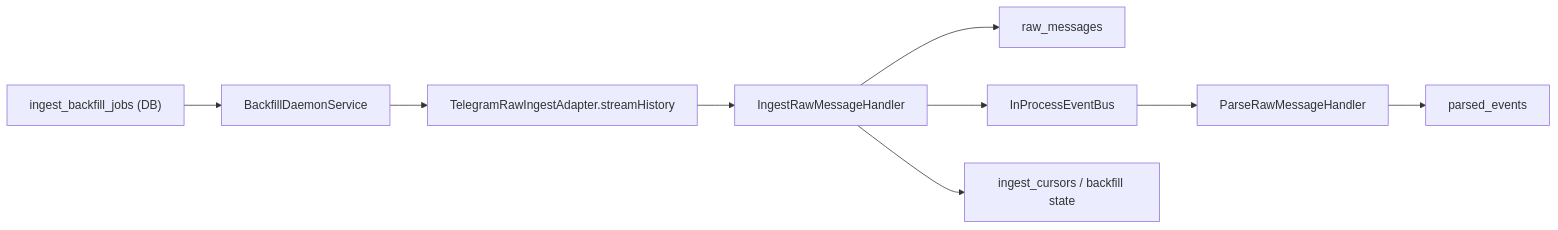
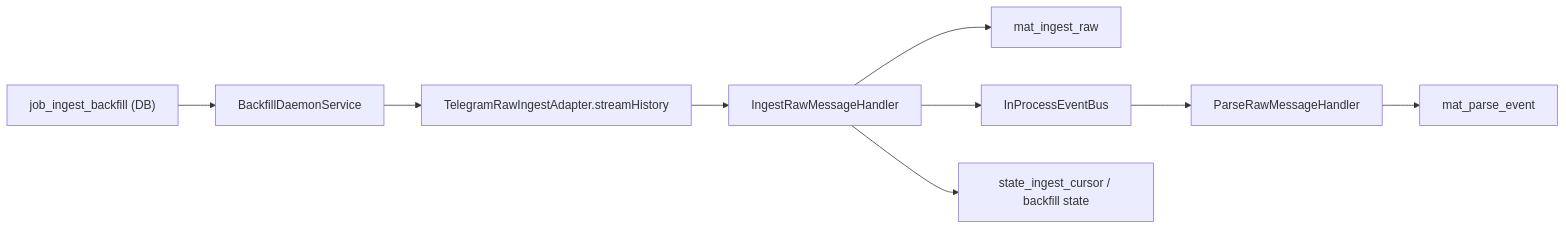
One commit to exclusiveLogin/radar changed the third of 4 diagrams in docs/architecture-layers-and-wiring.md. Above: the diagram before and after it, drawn with Mermaid. The commit also changed other lines of this file and 312 other files, not shown here.

````diff
--- a/docs/architecture-layers-and-wiring.md
+++ b/docs/architecture-layers-and-wiring.md
@@ -127,11 +127,11 @@
 ```mermaid
 flowchart LR
-  Job["ingest_backfill_jobs (DB)"] --> Daemon["BackfillDaemonService"]
+  Job["job_ingest_backfill (DB)"] --> Daemon["BackfillDaemonService"]
   Daemon --> Adapter["TelegramRawIngestAdapter.streamHistory"]
   Adapter --> Ingest["IngestRawMessageHandler"]
-  Ingest --> Raw["raw_messages"]
+  Ingest --> Raw["mat_ingest_raw"]
   Ingest --> Bus["InProcessEventBus"]
   Bus --> Parse["ParseRawMessageHandler"]
-  Parse --> Parsed["parsed_events"]
-  Ingest --> Cursors["ingest_cursors / backfill state"]
+  Parse --> Parsed["mat_parse_event"]
+  Ingest --> Cursors["state_ingest_cursor / backfill state"]
 ```
````
